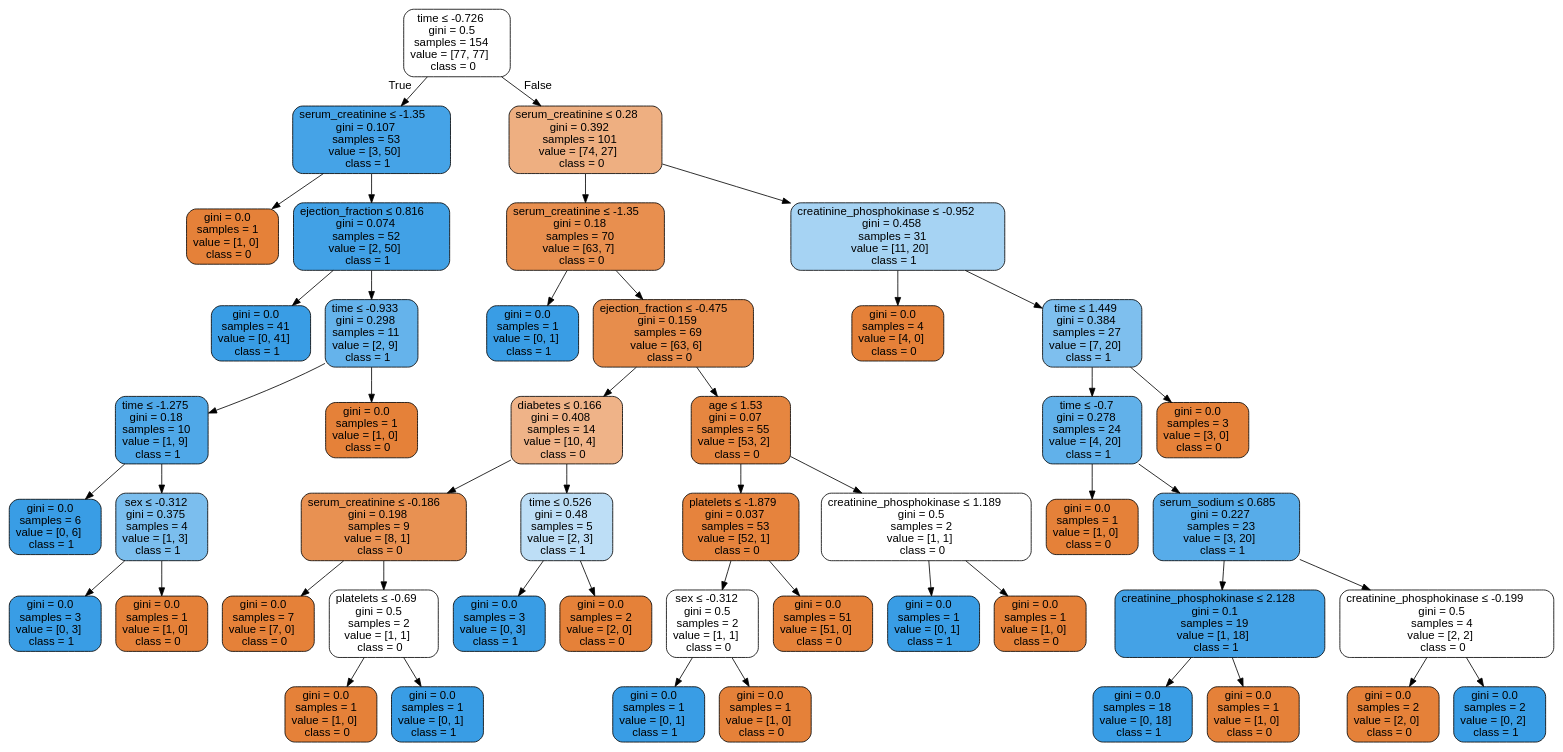
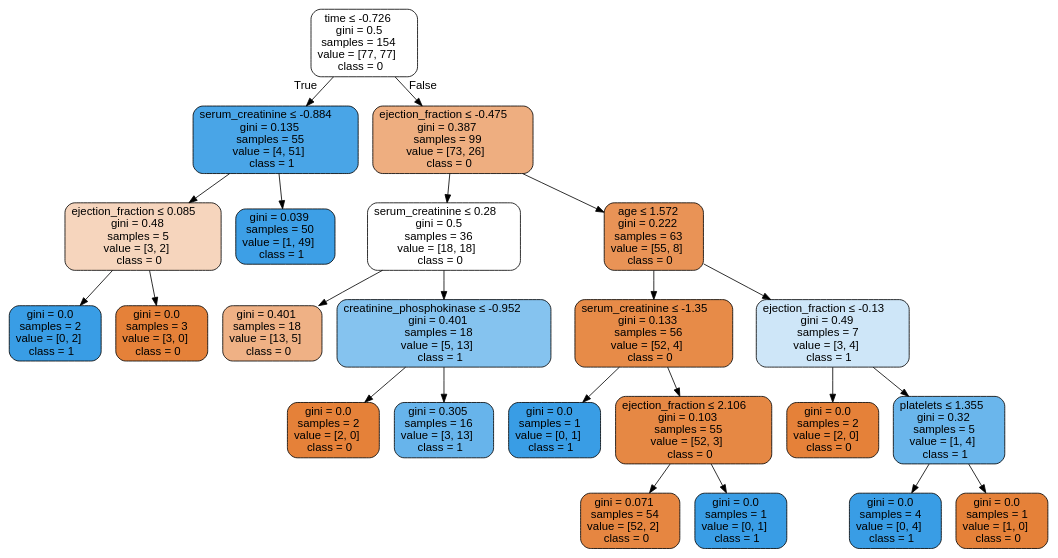
The diagram in Labs/NewClassifiers/Results/DecisionTrees/UnderSample/ - No Outliers & Scaling/HFCR - UnderSample - dtree.dot (isabelSoares/CD-2021), drawn with Graphviz before and after one commit. The commit also changed 173 other files, not shown here.

```diff
--- a/Labs/NewClassifiers/Results/DecisionTrees/UnderSample/ - No Outliers & Scaling/HFCR - UnderSample - dtree.dot
+++ b/Labs/NewClassifiers/Results/DecisionTrees/UnderSample/ - No Outliers & Scaling/HFCR - UnderSample - dtree.dot
@@ -1,97 +1,49 @@
 digraph Tree {
 node [shape=box, style="filled, rounded", color="black", fontname=helvetica] ;
 edge [fontname=helvetica] ;
 0 [label=<time &le; -0.726<br/>gini = 0.5<br/>samples = 154<br/>value = [77, 77]<br/>class = 0>, fillcolor="#ffffff"] ;
-1 [label=<serum_creatinine &le; -1.35<br/>gini = 0.107<br/>samples = 53<br/>value = [3, 50]<br/>class = 1>, fillcolor="#45a3e7"] ;
+1 [label=<serum_creatinine &le; -0.884<br/>gini = 0.135<br/>samples = 55<br/>value = [4, 51]<br/>class = 1>, fillcolor="#49a5e7"] ;
 0 -> 1 [labeldistance=2.5, labelangle=45, headlabel="True"] ;
-2 [label=<gini = 0.0<br/>samples = 1<br/>value = [1, 0]<br/>class = 0>, fillcolor="#e58139"] ;
+2 [label=<ejection_fraction &le; 0.085<br/>gini = 0.48<br/>samples = 5<br/>value = [3, 2]<br/>class = 0>, fillcolor="#f6d5bd"] ;
 1 -> 2 ;
-3 [label=<ejection_fraction &le; 0.816<br/>gini = 0.074<br/>samples = 52<br/>value = [2, 50]<br/>class = 1>, fillcolor="#41a1e6"] ;
-1 -> 3 ;
-4 [label=<gini = 0.0<br/>samples = 41<br/>value = [0, 41]<br/>class = 1>, fillcolor="#399de5"] ;
-3 -> 4 ;
-5 [label=<time &le; -0.933<br/>gini = 0.298<br/>samples = 11<br/>value = [2, 9]<br/>class = 1>, fillcolor="#65b3eb"] ;
-3 -> 5 ;
-6 [label=<time &le; -1.275<br/>gini = 0.18<br/>samples = 10<br/>value = [1, 9]<br/>class = 1>, fillcolor="#4fa8e8"] ;
-5 -> 6 ;
-7 [label=<gini = 0.0<br/>samples = 6<br/>value = [0, 6]<br/>class = 1>, fillcolor="#399de5"] ;
+3 [label=<gini = 0.0<br/>samples = 2<br/>value = [0, 2]<br/>class = 1>, fillcolor="#399de5"] ;
+2 -> 3 ;
+4 [label=<gini = 0.0<br/>samples = 3<br/>value = [3, 0]<br/>class = 0>, fillcolor="#e58139"] ;
+2 -> 4 ;
+5 [label=<gini = 0.039<br/>samples = 50<br/>value = [1, 49]<br/>class = 1>, fillcolor="#3d9fe6"] ;
+1 -> 5 ;
+6 [label=<ejection_fraction &le; -0.475<br/>gini = 0.387<br/>samples = 99<br/>value = [73, 26]<br/>class = 0>, fillcolor="#eeae80"] ;
+0 -> 6 [labeldistance=2.5, labelangle=-45, headlabel="False"] ;
+7 [label=<serum_creatinine &le; 0.28<br/>gini = 0.5<br/>samples = 36<br/>value = [18, 18]<br/>class = 0>, fillcolor="#ffffff"] ;
 6 -> 7 ;
-8 [label=<sex &le; -0.312<br/>gini = 0.375<br/>samples = 4<br/>value = [1, 3]<br/>class = 1>, fillcolor="#7bbeee"] ;
-6 -> 8 ;
-9 [label=<gini = 0.0<br/>samples = 3<br/>value = [0, 3]<br/>class = 1>, fillcolor="#399de5"] ;
-8 -> 9 ;
-10 [label=<gini = 0.0<br/>samples = 1<br/>value = [1, 0]<br/>class = 0>, fillcolor="#e58139"] ;
-8 -> 10 ;
-11 [label=<gini = 0.0<br/>samples = 1<br/>value = [1, 0]<br/>class = 0>, fillcolor="#e58139"] ;
-5 -> 11 ;
-12 [label=<serum_creatinine &le; 0.28<br/>gini = 0.392<br/>samples = 101<br/>value = [74, 27]<br/>class = 0>, fillcolor="#eeaf81"] ;
-0 -> 12 [labeldistance=2.5, labelangle=-45, headlabel="False"] ;
-13 [label=<serum_creatinine &le; -1.35<br/>gini = 0.18<br/>samples = 70<br/>value = [63, 7]<br/>class = 0>, fillcolor="#e88f4f"] ;
+8 [label=<gini = 0.401<br/>samples = 18<br/>value = [13, 5]<br/>class = 0>, fillcolor="#efb185"] ;
+7 -> 8 ;
+9 [label=<creatinine_phosphokinase &le; -0.952<br/>gini = 0.401<br/>samples = 18<br/>value = [5, 13]<br/>class = 1>, fillcolor="#85c3ef"] ;
+7 -> 9 ;
+10 [label=<gini = 0.0<br/>samples = 2<br/>value = [2, 0]<br/>class = 0>, fillcolor="#e58139"] ;
+9 -> 10 ;
+11 [label=<gini = 0.305<br/>samples = 16<br/>value = [3, 13]<br/>class = 1>, fillcolor="#67b4eb"] ;
+9 -> 11 ;
+12 [label=<age &le; 1.572<br/>gini = 0.222<br/>samples = 63<br/>value = [55, 8]<br/>class = 0>, fillcolor="#e99356"] ;
+6 -> 12 ;
+13 [label=<serum_creatinine &le; -1.35<br/>gini = 0.133<br/>samples = 56<br/>value = [52, 4]<br/>class = 0>, fillcolor="#e78b48"] ;
 12 -> 13 ;
 14 [label=<gini = 0.0<br/>samples = 1<br/>value = [0, 1]<br/>class = 1>, fillcolor="#399de5"] ;
 13 -> 14 ;
-15 [label=<ejection_fraction &le; -0.475<br/>gini = 0.159<br/>samples = 69<br/>value = [63, 6]<br/>class = 0>, fillcolor="#e78d4c"] ;
+15 [label=<ejection_fraction &le; 2.106<br/>gini = 0.103<br/>samples = 55<br/>value = [52, 3]<br/>class = 0>, fillcolor="#e68844"] ;
 13 -> 15 ;
-16 [label=<diabetes &le; 0.166<br/>gini = 0.408<br/>samples = 14<br/>value = [10, 4]<br/>class = 0>, fillcolor="#efb388"] ;
+16 [label=<gini = 0.071<br/>samples = 54<br/>value = [52, 2]<br/>class = 0>, fillcolor="#e68641"] ;
 15 -> 16 ;
-17 [label=<serum_creatinine &le; -0.186<br/>gini = 0.198<br/>samples = 9<br/>value = [8, 1]<br/>class = 0>, fillcolor="#e89152"] ;
-16 -> 17 ;
-18 [label=<gini = 0.0<br/>samples = 7<br/>value = [7, 0]<br/>class = 0>, fillcolor="#e58139"] ;
-17 -> 18 ;
-19 [label=<platelets &le; -0.69<br/>gini = 0.5<br/>samples = 2<br/>value = [1, 1]<br/>class = 0>, fillcolor="#ffffff"] ;
-17 -> 19 ;
-20 [label=<gini = 0.0<br/>samples = 1<br/>value = [1, 0]<br/>class = 0>, fillcolor="#e58139"] ;
-19 -> 20 ;
-21 [label=<gini = 0.0<br/>samples = 1<br/>value = [0, 1]<br/>class = 1>, fillcolor="#399de5"] ;
-19 -> 21 ;
-22 [label=<time &le; 0.526<br/>gini = 0.48<br/>samples = 5<br/>value = [2, 3]<br/>class = 1>, fillcolor="#bddef6"] ;
-16 -> 22 ;
-23 [label=<gini = 0.0<br/>samples = 3<br/>value = [0, 3]<br/>class = 1>, fillcolor="#399de5"] ;
-22 -> 23 ;
-24 [label=<gini = 0.0<br/>samples = 2<br/>value = [2, 0]<br/>class = 0>, fillcolor="#e58139"] ;
-22 -> 24 ;
-25 [label=<age &le; 1.53<br/>gini = 0.07<br/>samples = 55<br/>value = [53, 2]<br/>class = 0>, fillcolor="#e68640"] ;
-15 -> 25 ;
-26 [label=<platelets &le; -1.879<br/>gini = 0.037<br/>samples = 53<br/>value = [52, 1]<br/>class = 0>, fillcolor="#e6833d"] ;
-25 -> 26 ;
-27 [label=<sex &le; -0.312<br/>gini = 0.5<br/>samples = 2<br/>value = [1, 1]<br/>class = 0>, fillcolor="#ffffff"] ;
-26 -> 27 ;
-28 [label=<gini = 0.0<br/>samples = 1<br/>value = [0, 1]<br/>class = 1>, fillcolor="#399de5"] ;
-27 -> 28 ;
-29 [label=<gini = 0.0<br/>samples = 1<br/>value = [1, 0]<br/>class = 0>, fillcolor="#e58139"] ;
-27 -> 29 ;
-30 [label=<gini = 0.0<br/>samples = 51<br/>value = [51, 0]<br/>class = 0>, fillcolor="#e58139"] ;
-26 -> 30 ;
-31 [label=<creatinine_phosphokinase &le; 1.189<br/>gini = 0.5<br/>samples = 2<br/>value = [1, 1]<br/>class = 0>, fillcolor="#ffffff"] ;
-25 -> 31 ;
-32 [label=<gini = 0.0<br/>samples = 1<br/>value = [0, 1]<br/>class = 1>, fillcolor="#399de5"] ;
-31 -> 32 ;
-33 [label=<gini = 0.0<br/>samples = 1<br/>value = [1, 0]<br/>class = 0>, fillcolor="#e58139"] ;
-31 -> 33 ;
-34 [label=<creatinine_phosphokinase &le; -0.952<br/>gini = 0.458<br/>samples = 31<br/>value = [11, 20]<br/>class = 1>, fillcolor="#a6d3f3"] ;
-12 -> 34 ;
-35 [label=<gini = 0.0<br/>samples = 4<br/>value = [4, 0]<br/>class = 0>, fillcolor="#e58139"] ;
-34 -> 35 ;
-36 [label=<time &le; 1.449<br/>gini = 0.384<br/>samples = 27<br/>value = [7, 20]<br/>class = 1>, fillcolor="#7ebfee"] ;
-34 -> 36 ;
-37 [label=<time &le; -0.7<br/>gini = 0.278<br/>samples = 24<br/>value = [4, 20]<br/>class = 1>, fillcolor="#61b1ea"] ;
-36 -> 37 ;
-38 [label=<gini = 0.0<br/>samples = 1<br/>value = [1, 0]<br/>class = 0>, fillcolor="#e58139"] ;
-37 -> 38 ;
-39 [label=<serum_sodium &le; 0.685<br/>gini = 0.227<br/>samples = 23<br/>value = [3, 20]<br/>class = 1>, fillcolor="#57ace9"] ;
-37 -> 39 ;
-40 [label=<creatinine_phosphokinase &le; 2.128<br/>gini = 0.1<br/>samples = 19<br/>value = [1, 18]<br/>class = 1>, fillcolor="#44a2e6"] ;
-39 -> 40 ;
-41 [label=<gini = 0.0<br/>samples = 18<br/>value = [0, 18]<br/>class = 1>, fillcolor="#399de5"] ;
-40 -> 41 ;
-42 [label=<gini = 0.0<br/>samples = 1<br/>value = [1, 0]<br/>class = 0>, fillcolor="#e58139"] ;
-40 -> 42 ;
-43 [label=<creatinine_phosphokinase &le; -0.199<br/>gini = 0.5<br/>samples = 4<br/>value = [2, 2]<br/>class = 0>, fillcolor="#ffffff"] ;
-39 -> 43 ;
-44 [label=<gini = 0.0<br/>samples = 2<br/>value = [2, 0]<br/>class = 0>, fillcolor="#e58139"] ;
-43 -> 44 ;
-45 [label=<gini = 0.0<br/>samples = 2<br/>value = [0, 2]<br/>class = 1>, fillcolor="#399de5"] ;
-43 -> 45 ;
-46 [label=<gini = 0.0<br/>samples = 3<br/>value = [3, 0]<br/>class = 0>, fillcolor="#e58139"] ;
-36 -> 46 ;
+17 [label=<gini = 0.0<br/>samples = 1<br/>value = [0, 1]<br/>class = 1>, fillcolor="#399de5"] ;
+15 -> 17 ;
+18 [label=<ejection_fraction &le; -0.13<br/>gini = 0.49<br/>samples = 7<br/>value = [3, 4]<br/>class = 1>, fillcolor="#cee6f8"] ;
+12 -> 18 ;
+19 [label=<gini = 0.0<br/>samples = 2<br/>value = [2, 0]<br/>class = 0>, fillcolor="#e58139"] ;
+18 -> 19 ;
+20 [label=<platelets &le; 1.355<br/>gini = 0.32<br/>samples = 5<br/>value = [1, 4]<br/>class = 1>, fillcolor="#6ab6ec"] ;
+18 -> 20 ;
+21 [label=<gini = 0.0<br/>samples = 4<br/>value = [0, 4]<br/>class = 1>, fillcolor="#399de5"] ;
+20 -> 21 ;
+22 [label=<gini = 0.0<br/>samples = 1<br/>value = [1, 0]<br/>class = 0>, fillcolor="#e58139"] ;
+20 -> 22 ;
 }
```
